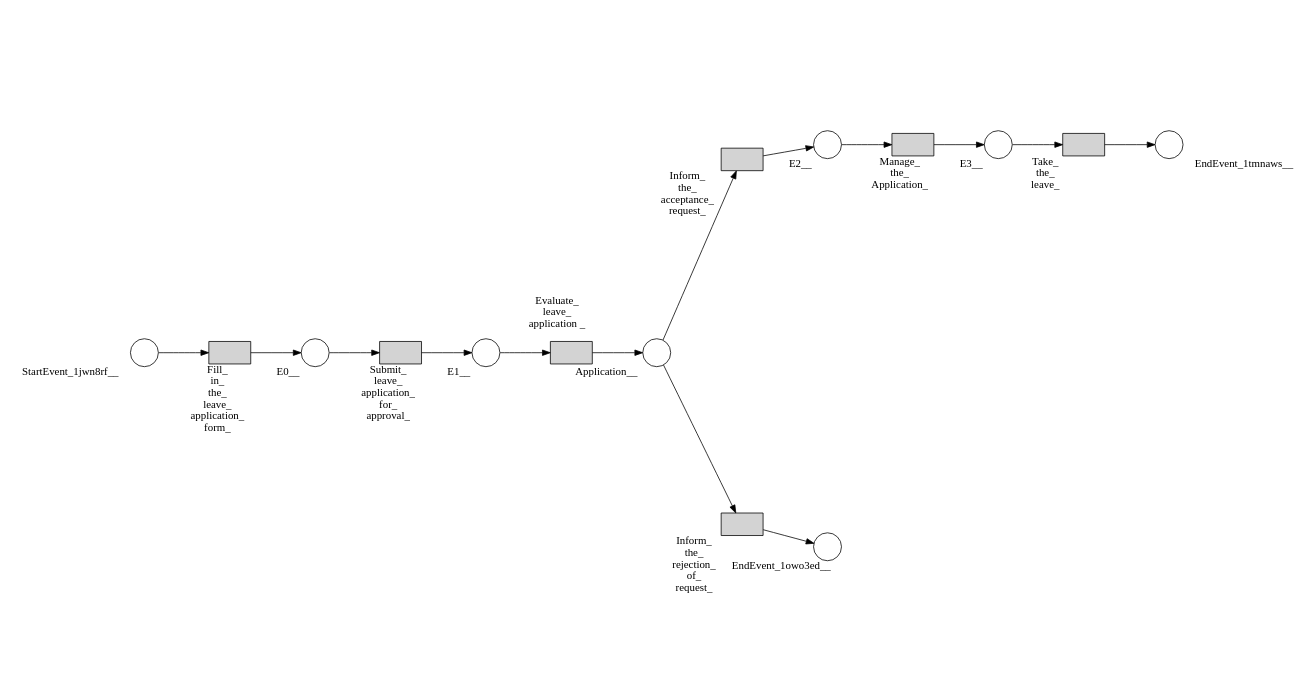
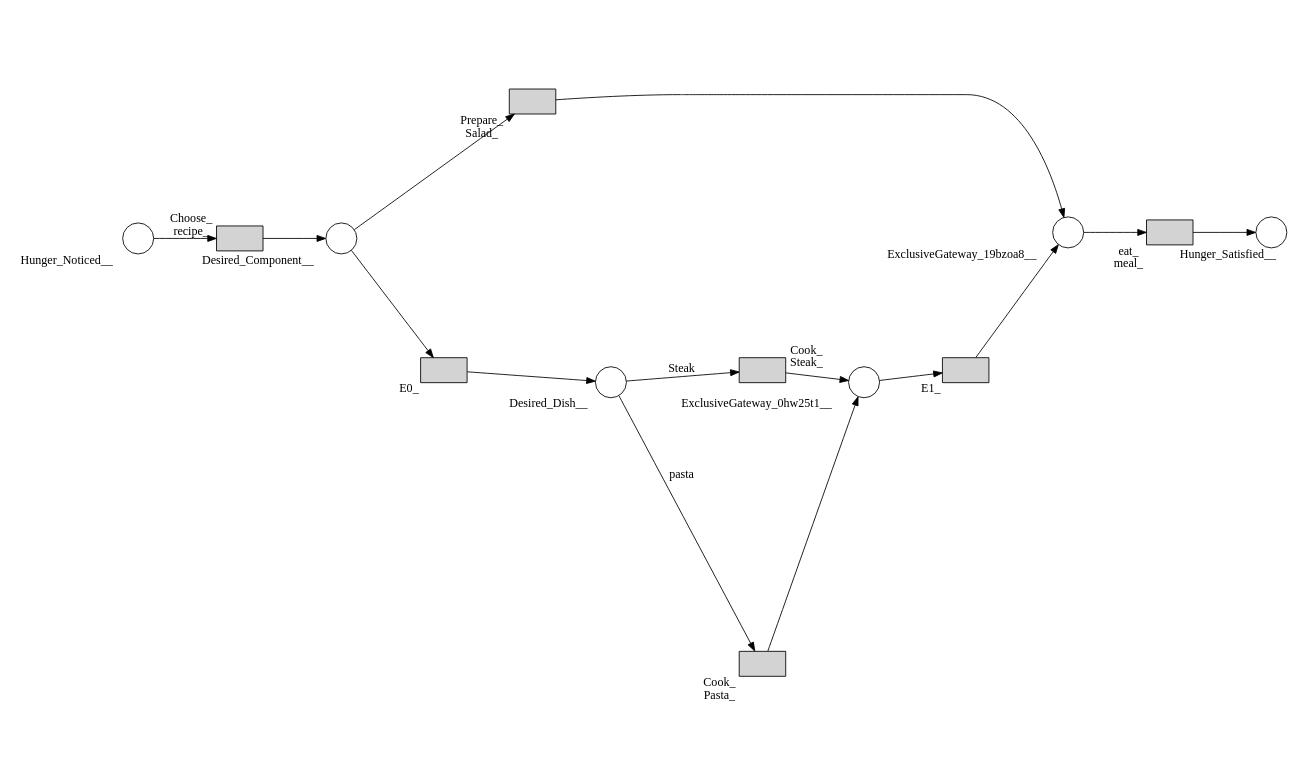
One commit to codecasualty/MTP changed the diagram in petrinet.dot. Above: the diagram before and after it, drawn with Graphviz. The commit also changed 46 other files, not shown here.

Commit message:
done testing added sequence edges and generated BPMN graphs

```diff
--- a/petrinet.dot
+++ b/petrinet.dot
@@ -1,72 +1,51 @@
 digraph D { 
  rankdir=LR;
  size="19,12" ; 
  ratio="fill";
  fontsize="15" 
-;Inform_the_acceptance_request_ [ shape = box ,style=filled,height= 0.4,label= "", xlabel="Inform_
-the_
-acceptance_
-request_
+;eat_meal_ [ shape = box ,style=filled,height= 0.4,label= "", xlabel="eat_
+meal_
  " ] ;
-Manage_the_Application_ [ shape = box ,style=filled,height= 0.4,label= "", xlabel="Manage_
-the_
-Application_
+Prepare_Salad_ [ shape = box ,style=filled,height= 0.4,label= "", xlabel="Prepare_
+Salad_
  " ] ;
-Inform_the_rejection_of_request_ [ shape = box ,style=filled,height= 0.4,label= "", xlabel="Inform_
-the_
-rejection_
-of_
-request_
+ExclusiveGateway_0hw25t1_ [shape = circle ,label= "" , xlabel="ExclusiveGateway_0hw25t1__
  " ] ;
-Application_ [shape = circle ,label= "" , xlabel="Application__
+Cook_Steak_ [ shape = box ,style=filled,height= 0.4,label= "", xlabel="Cook_
+Steak_
  " ] ;
-Submit_leave_application_for_approval_ [ shape = box ,style=filled,height= 0.4,label= "", xlabel="Submit_
-leave_
-application_
-for_
-approval_
+Desired_Dish_ [shape = circle ,label= "" , xlabel="Desired_Dish__
  " ] ;
-StartEvent_1jwn8rf_ [shape = circle ,label= "" , xlabel="StartEvent_1jwn8rf__
+E0_ [ shape = box ,style=filled,height= 0.4,label= "", xlabel="E0_
  " ] ;
-E2_ [shape = circle ,label= "" , xlabel="E2__
+E1_ [ shape = box ,style=filled,height= 0.4,label= "", xlabel="E1_
  " ] ;
-Evaluate_leave_application _ [ shape = box ,style=filled,height= 0.4,label= "", xlabel="Evaluate_
-leave_
-application _
+Desired_Component_ [shape = circle ,label= "" , xlabel="Desired_Component__
  " ] ;
-Take_the_leave_ [ shape = box ,style=filled,height= 0.4,label= "", xlabel="Take_
-the_
-leave_
+Choose_recipe_ [ shape = box ,style=filled,height= 0.4,label= "", xlabel="Choose_
+recipe_
  " ] ;
-E0_ [shape = circle ,label= "" , xlabel="E0__
+Hunger_Satisfied_ [shape = circle ,label= "" , xlabel="Hunger_Satisfied__
  " ] ;
-E3_ [shape = circle ,label= "" , xlabel="E3__
+Cook_Pasta_ [ shape = box ,style=filled,height= 0.4,label= "", xlabel="Cook_
+Pasta_
  " ] ;
-Fill_in_the_leave_application_form_ [ shape = box ,style=filled,height= 0.4,label= "", xlabel="Fill_
-in_
-the_
-leave_
-application_
-form_
+ExclusiveGateway_19bzoa8_ [shape = circle ,label= "" , xlabel="ExclusiveGateway_19bzoa8__
  " ] ;
-E1_ [shape = circle ,label= "" , xlabel="E1__
+Hunger_Noticed_ [shape = circle ,label= "" , xlabel="Hunger_Noticed__
  " ] ;
-EndEvent_1owo3ed_ [shape = circle ,label= "" , xlabel="EndEvent_1owo3ed__
- " ] ;
-EndEvent_1tmnaws_ [shape = circle ,label= "" , xlabel="EndEvent_1tmnaws__
- " ] ;
-Inform_the_acceptance_request_-> { E2_}
- Manage_the_Application_-> { E3_}
- Inform_the_rejection_of_request_-> { EndEvent_1owo3ed_}
- Application_-> { Inform_the_acceptance_request_}
- Application_-> { Inform_the_rejection_of_request_}
- Submit_leave_application_for_approval_-> { E1_}
- StartEvent_1jwn8rf_-> { Fill_in_the_leave_application_form_}
- E2_-> { Manage_the_Application_}
- Evaluate_leave_application _-> { Application_}
- Take_the_leave_-> { EndEvent_1tmnaws_}
- E0_-> { Submit_leave_application_for_approval_}
- E3_-> { Take_the_leave_}
- Fill_in_the_leave_application_form_-> { E0_}
- E1_-> { Evaluate_leave_application _}
- }
+eat_meal_-> { Hunger_Satisfied_}
+Prepare_Salad_-> { ExclusiveGateway_19bzoa8_}
+ExclusiveGateway_0hw25t1_-> { E1_}
+Cook_Steak_-> { ExclusiveGateway_0hw25t1_}
+Desired_Dish_-> { Cook_Pasta_}[label = "pasta"];
+Desired_Dish_-> { Cook_Steak_}[label = "Steak"];
+E0_-> { Desired_Dish_}
+E1_-> { ExclusiveGateway_19bzoa8_}
+Desired_Component_-> { E0_}
+Desired_Component_-> { Prepare_Salad_}
+Choose_recipe_-> { Desired_Component_}
+Cook_Pasta_-> { ExclusiveGateway_0hw25t1_}
+ExclusiveGateway_19bzoa8_-> { eat_meal_}
+Hunger_Noticed_-> { Choose_recipe_}
+}
```
